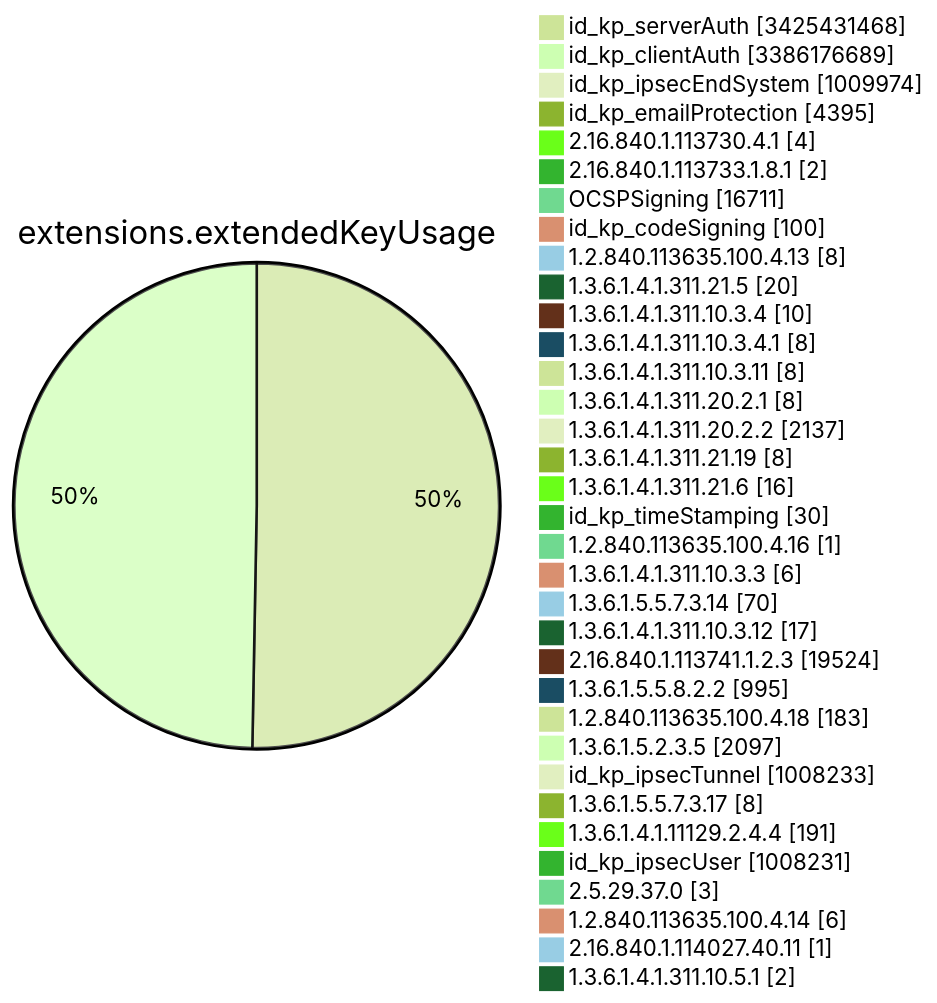
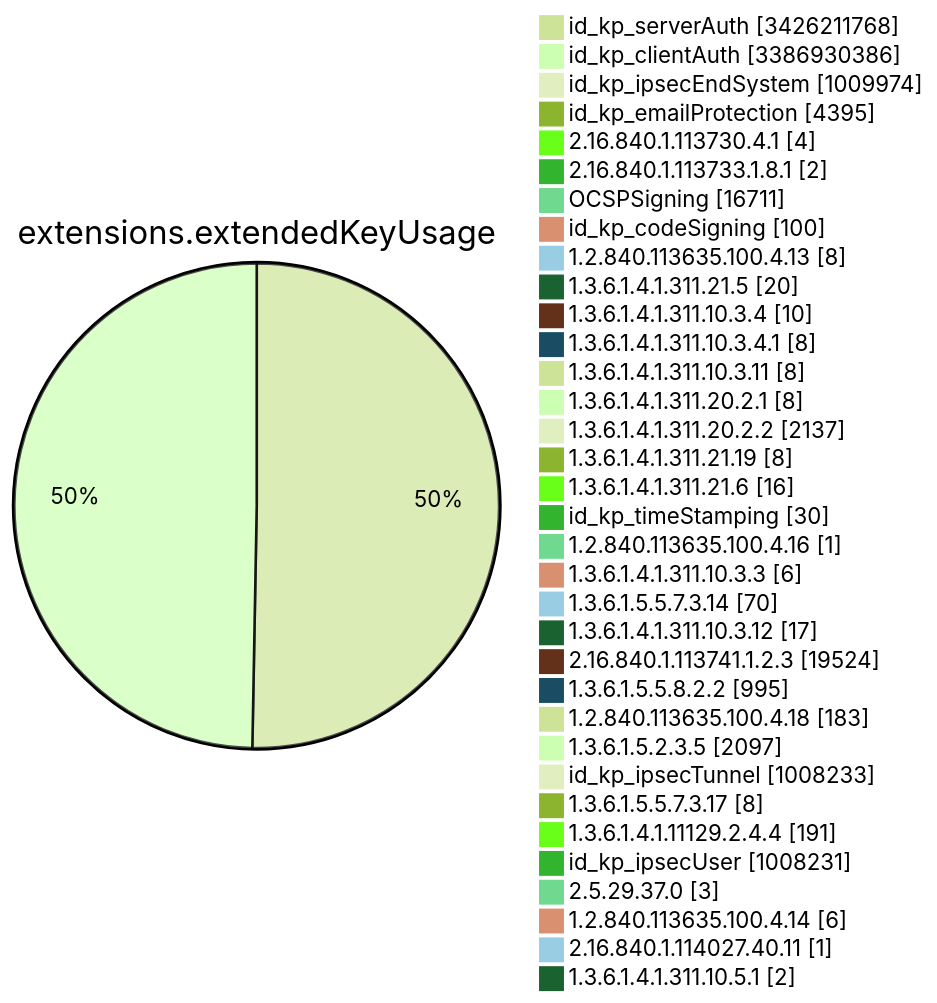
One commit to christiankrug/ctmonitor_visualization changed diagram 11 of 15 in TOTAL/README.md. Above: the diagram before and after it, drawn with Mermaid (forest theme). The commit also changed other lines of this file, not shown here.

````diff
--- a/TOTAL/README.md
+++ b/TOTAL/README.md
@@ -4122,38 +4122,38 @@
 ```mermaid
 pie showData
 title extensions.extendedKeyUsage
-"id_kp_serverAuth" :3425431468
-"id_kp_clientAuth" :3386176689
+"id_kp_serverAuth" :3426211768
+"id_kp_clientAuth" :3386930386
 "id_kp_ipsecEndSystem" :1009974
 "id_kp_emailProtection" :4395
 "2.16.840.1.113730.4.1" :4
 "2.16.840.1.113733.1.8.1" :2
 "OCSPSigning" :16711
 "id_kp_codeSigning" :100
 "1.2.840.113635.100.4.13" :8
 "1.3.6.1.4.1.311.21.5" :20
 "1.3.6.1.4.1.311.10.3.4" :10
 "1.3.6.1.4.1.311.10.3.4.1" :8
 "1.3.6.1.4.1.311.10.3.11" :8
 "1.3.6.1.4.1.311.20.2.1" :8
 "1.3.6.1.4.1.311.20.2.2" :2137
 "1.3.6.1.4.1.311.21.19" :8
 "1.3.6.1.4.1.311.21.6" :16
 "id_kp_timeStamping" :30
 "1.2.840.113635.100.4.16" :1
 "1.3.6.1.4.1.311.10.3.3" :6
 "1.3.6.1.5.5.7.3.14" :70
 "1.3.6.1.4.1.311.10.3.12" :17
 "2.16.840.1.113741.1.2.3" :19524
 "1.3.6.1.5.5.8.2.2" :995
 "1.2.840.113635.100.4.18" :183
 "1.3.6.1.5.2.3.5" :2097
 "id_kp_ipsecTunnel" :1008233
 "1.3.6.1.5.5.7.3.17" :8
 "1.3.6.1.4.1.11129.2.4.4" :191
 "id_kp_ipsecUser" :1008231
 "2.5.29.37.0" :3
 "1.2.840.113635.100.4.14" :6
 "2.16.840.1.114027.40.11" :1
 "1.3.6.1.4.1.311.10.5.1" :2
 ```
````
